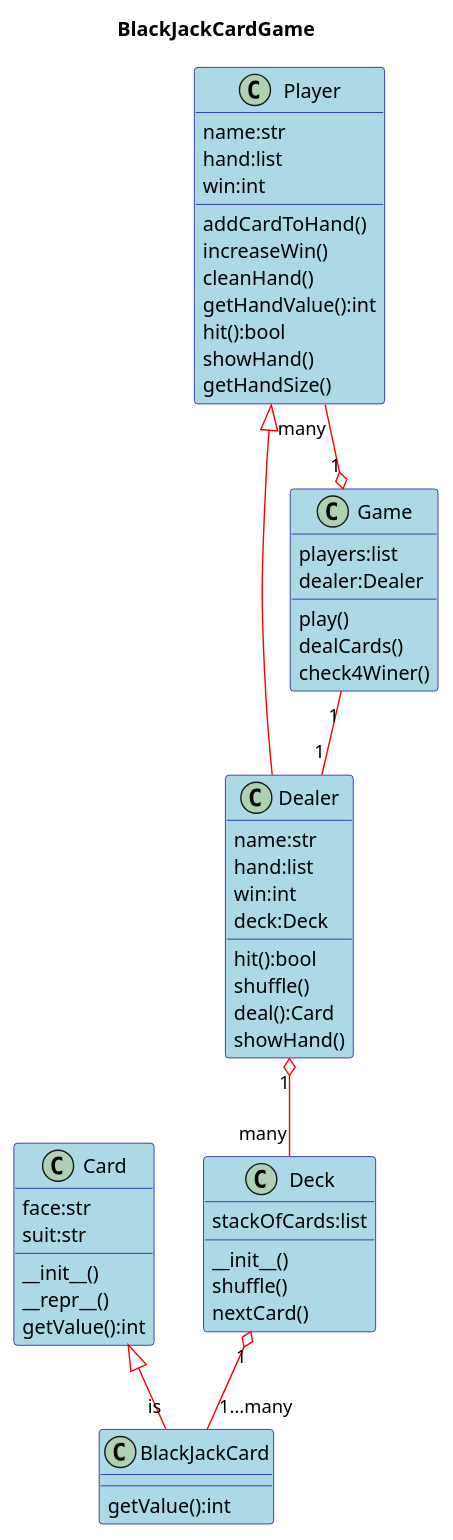
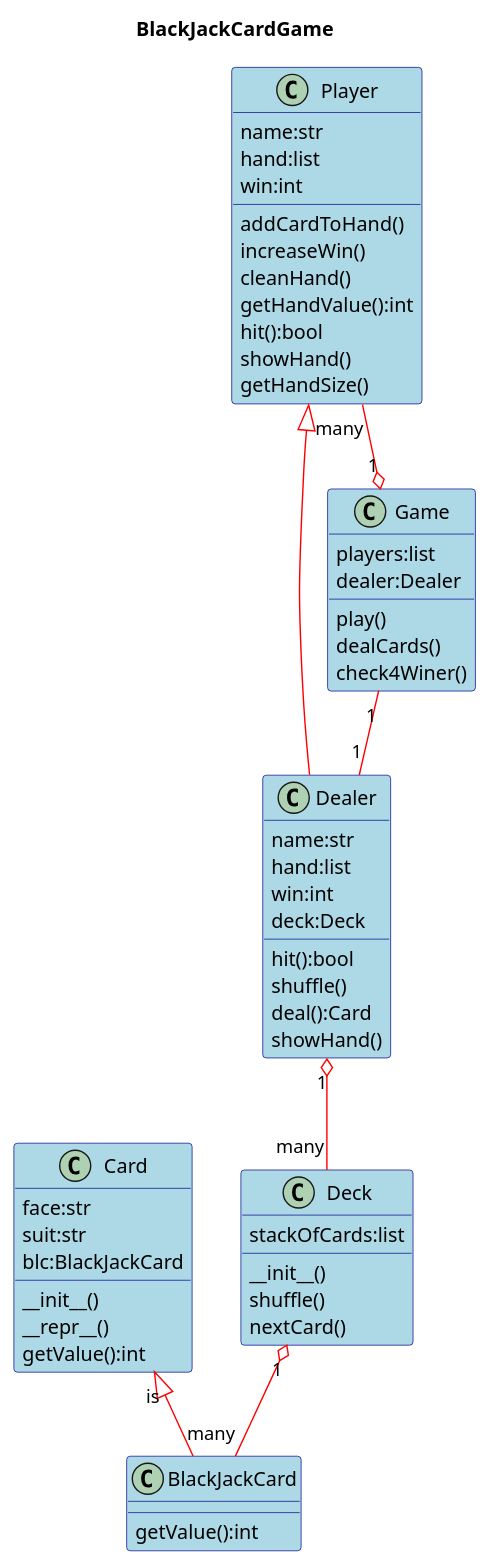
One commit to jwang1122/playground changed the diagram in doc/card.wsd. Above: the diagram before and after it, drawn with PlantUML. The commit also changed 3 other files, not shown here.

```diff
--- a/doc/card.wsd
+++ b/doc/card.wsd
@@ -1,61 +1,62 @@
 @startuml 
 
 skinparam class {
     BackgroundColor LightBlue
     ArrowColor Red
     BorderColor DarkBlue
 }
 title BlackJackCardGame
 class Card
 class BlackJackCard
-Card <|-- "is" BlackJackCard
+Card "is" <|-- BlackJackCard
 
 Card : face:str
 Card : suit:str
+Card : blc:BlackJackCard
 Card : __init__()
 Card : __repr__()
 Card : getValue():int
 
 BlackJackCard : getValue():int
 
-Deck "1" o-- "1...many" BlackJackCard
+Deck "1" o-- "many" BlackJackCard
 Deck : stackOfCards:list
 Deck : __init__()
 Deck : shuffle()
 Deck : nextCard()
 
 class Player
 class Dealer
 Player <|-- Dealer
 
 Player "many" --o "1" Game
 Player : addCardToHand()
 Player : increaseWin()
 Player : cleanHand()
 Player : getHandValue():int
 Player : hit():bool
 Player : showHand()
 Player : getHandSize()
 Player : name:str
 Player : hand:list
 Player : win:int
 
 Dealer : hit():bool
 Dealer : shuffle()
 Dealer : deal():Card
 Dealer : showHand()
 Dealer : name:str
 Dealer : hand:list
 Dealer : win:int
 Dealer : deck:Deck
 
 Dealer "1" o-- "many" Deck
 
 Game "1" -- "1" Dealer
 Game : play()
 Game : dealCards()
 Game : check4Winer()
 Game : players:list
 Game : dealer:Dealer
 
 @enduml
```
